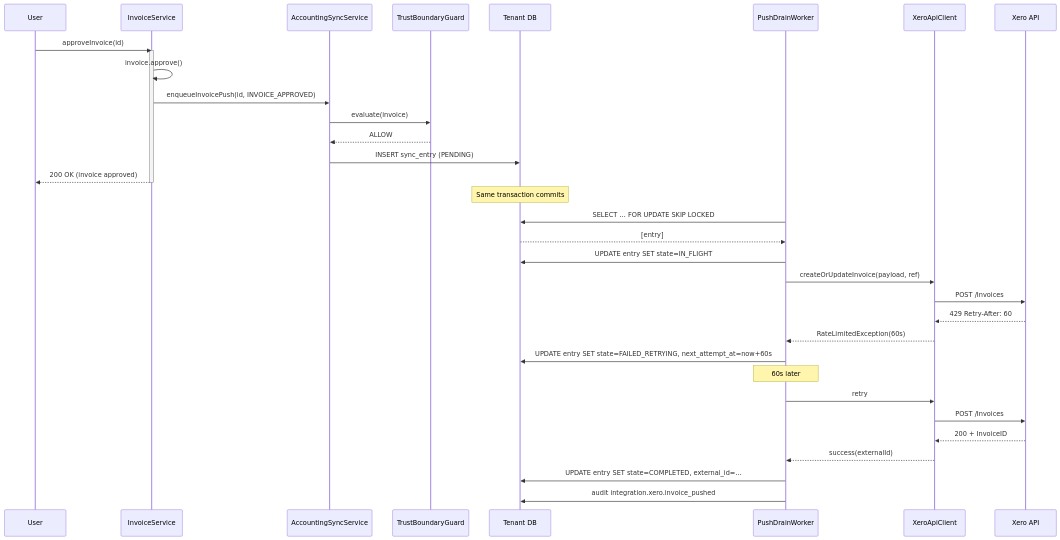
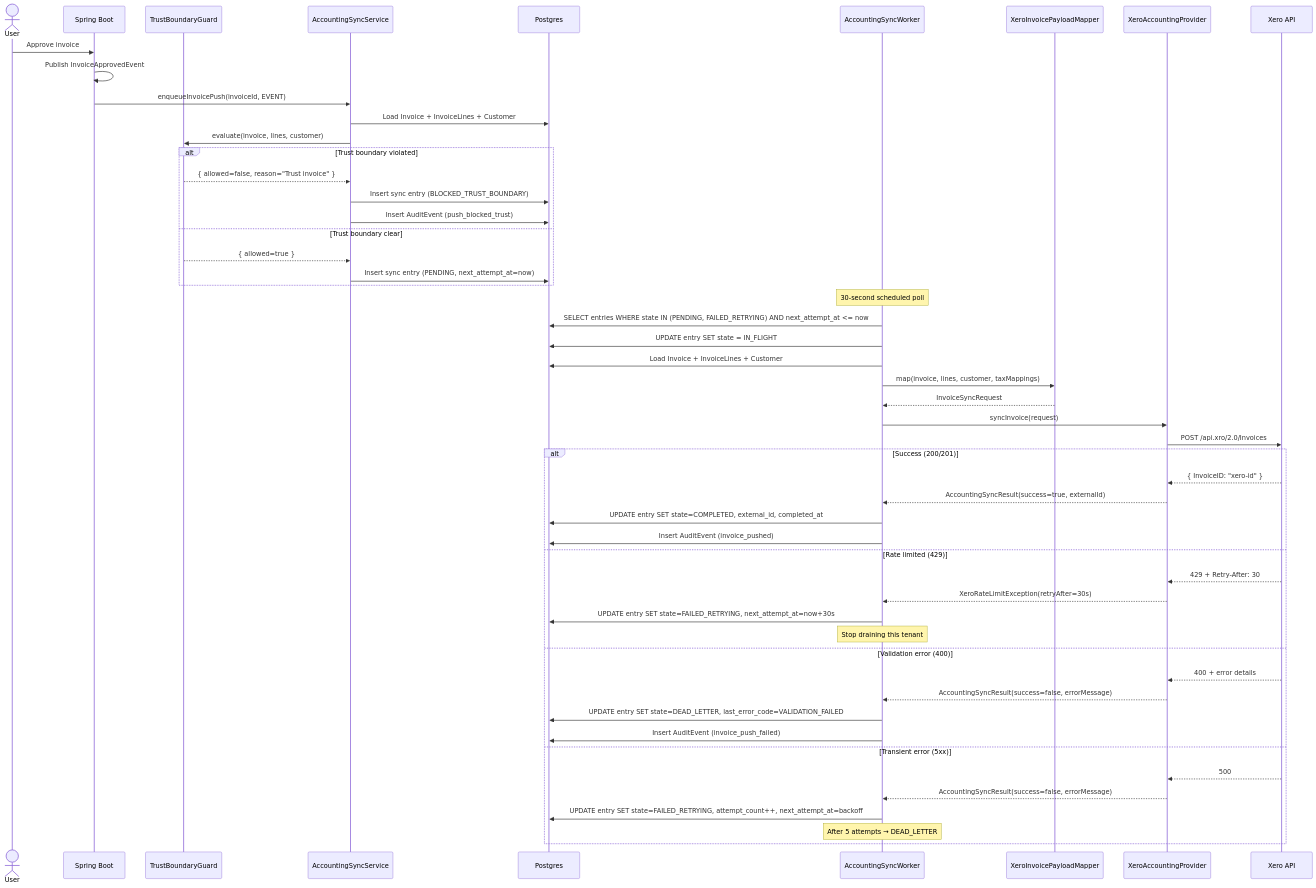
The third of 5 diagrams in architecture/phase71-xero-accounting-integration.md (rakheen-dama/b2b-strawman), drawn with Mermaid before and after one commit. The commit also changed other lines of this file and 25 other files, not shown here.

Commit message:
architecture

````diff
--- a/architecture/phase71-xero-accounting-integration.md
+++ b/architecture/phase71-xero-accounting-integration.md
@@ -618,38 +625,60 @@
 ```mermaid
 sequenceDiagram
-    participant User
-    participant InvSvc as InvoiceService
-    participant Sync as AccountingSyncService
+    actor User
+    participant Spring as Spring Boot
     participant Guard as TrustBoundaryGuard
-    participant DB as Tenant DB
-    participant Worker as PushDrainWorker
-    participant XeroCli as XeroApiClient
+    participant SyncSvc as AccountingSyncService
+    participant DB as Postgres
+    participant Worker as AccountingSyncWorker
+    participant Mapper as XeroInvoicePayloadMapper
+    participant Provider as XeroAccountingProvider
     participant Xero as Xero API
 
-    User->>InvSvc: approveInvoice(id)
-    activate InvSvc
-    InvSvc->>InvSvc: invoice.approve()
-    InvSvc->>Sync: enqueueInvoicePush(id, INVOICE_APPROVED)
-    Sync->>Guard: evaluate(invoice)
-    Guard-->>Sync: ALLOW
-    Sync->>DB: INSERT sync_entry (PENDING)
-    InvSvc-->>User: 200 OK (invoice approved)
-    deactivate InvSvc
-    Note over DB: Same transaction commits
+    User->>Spring: Approve invoice
+    Spring->>Spring: Publish InvoiceApprovedEvent
 
-    Worker->>DB: SELECT … FOR UPDATE SKIP LOCKED
-    DB-->>Worker: [entry]
-    Worker->>DB: UPDATE entry SET state=IN_FLIGHT
-    Worker->>XeroCli: createOrUpdateInvoice(payload, ref)
-    XeroCli->>Xero: POST /Invoices
-    Xero-->>XeroCli: 429 Retry-After: 60
-    XeroCli-->>Worker: RateLimitedException(60s)
-    Worker->>DB: UPDATE entry SET state=FAILED_RETRYING, next_attempt_at=now+60s
-    Note over Worker: 60s later
-    Worker->>XeroCli: retry
-    XeroCli->>Xero: POST /Invoices
-    Xero-->>XeroCli: 200 + InvoiceID
-    XeroCli-->>Worker: success(externalId)
-    Worker->>DB: UPDATE entry SET state=COMPLETED, external_id=…
-    Worker->>DB: audit integration.xero.invoice_pushed
+    Spring->>SyncSvc: enqueueInvoicePush(invoiceId, EVENT)
+    SyncSvc->>DB: Load Invoice + InvoiceLines + Customer
+    SyncSvc->>Guard: evaluate(invoice, lines, customer)
+
+    alt Trust boundary violated
+        Guard-->>SyncSvc: { allowed=false, reason="Trust invoice" }
+        SyncSvc->>DB: Insert sync entry (BLOCKED_TRUST_BOUNDARY)
+        SyncSvc->>DB: Insert AuditEvent (push_blocked_trust)
+    else Trust boundary clear
+        Guard-->>SyncSvc: { allowed=true }
+        SyncSvc->>DB: Insert sync entry (PENDING, next_attempt_at=now)
+    end
+
+    Note over Worker: 30-second scheduled poll
+
+    Worker->>DB: SELECT entries WHERE state IN (PENDING, FAILED_RETRYING) AND next_attempt_at <= now
+    Worker->>DB: UPDATE entry SET state = IN_FLIGHT
+    Worker->>DB: Load Invoice + InvoiceLines + Customer
+    Worker->>Mapper: map(invoice, lines, customer, taxMappings)
+    Mapper-->>Worker: InvoiceSyncRequest
+    Worker->>Provider: syncInvoice(request)
+    Provider->>Xero: POST /api.xro/2.0/Invoices
+
+    alt Success (200/201)
+        Xero-->>Provider: { InvoiceID: "xero-id" }
+        Provider-->>Worker: AccountingSyncResult(success=true, externalId)
+        Worker->>DB: UPDATE entry SET state=COMPLETED, external_id, completed_at
+        Worker->>DB: Insert AuditEvent (invoice_pushed)
+    else Rate limited (429)
+        Xero-->>Provider: 429 + Retry-After: 30
+        Provider-->>Worker: XeroRateLimitException(retryAfter=30s)
+        Worker->>DB: UPDATE entry SET state=FAILED_RETRYING, next_attempt_at=now+30s
+        Note over Worker: Stop draining this tenant
+    else Validation error (400)
+        Xero-->>Provider: 400 + error details
+        Provider-->>Worker: AccountingSyncResult(success=false, errorMessage)
+        Worker->>DB: UPDATE entry SET state=DEAD_LETTER, last_error_code=VALIDATION_FAILED
+        Worker->>DB: Insert AuditEvent (invoice_push_failed)
+    else Transient error (5xx)
+        Xero-->>Provider: 500
+        Provider-->>Worker: AccountingSyncResult(success=false, errorMessage)
+        Worker->>DB: UPDATE entry SET state=FAILED_RETRYING, attempt_count++, next_attempt_at=backoff
+        Note over Worker: After 5 attempts → DEAD_LETTER
+    end
 ```
````
